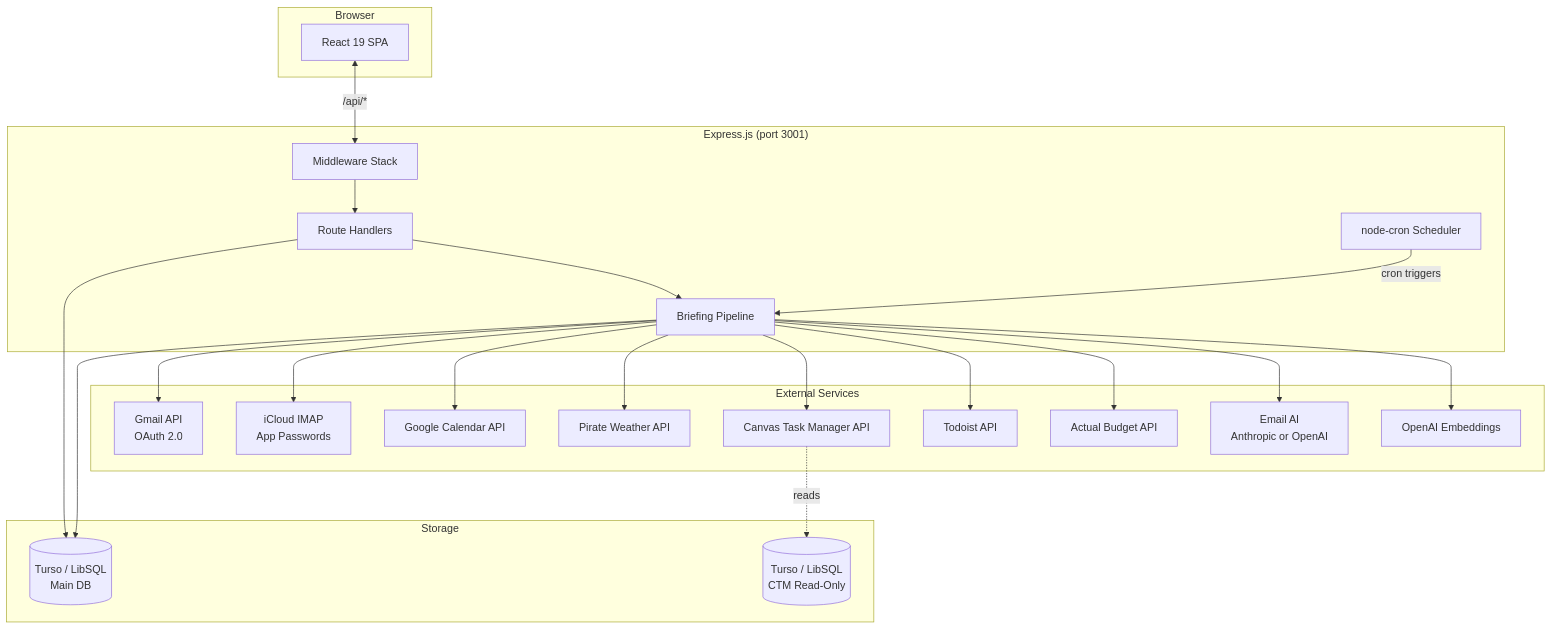
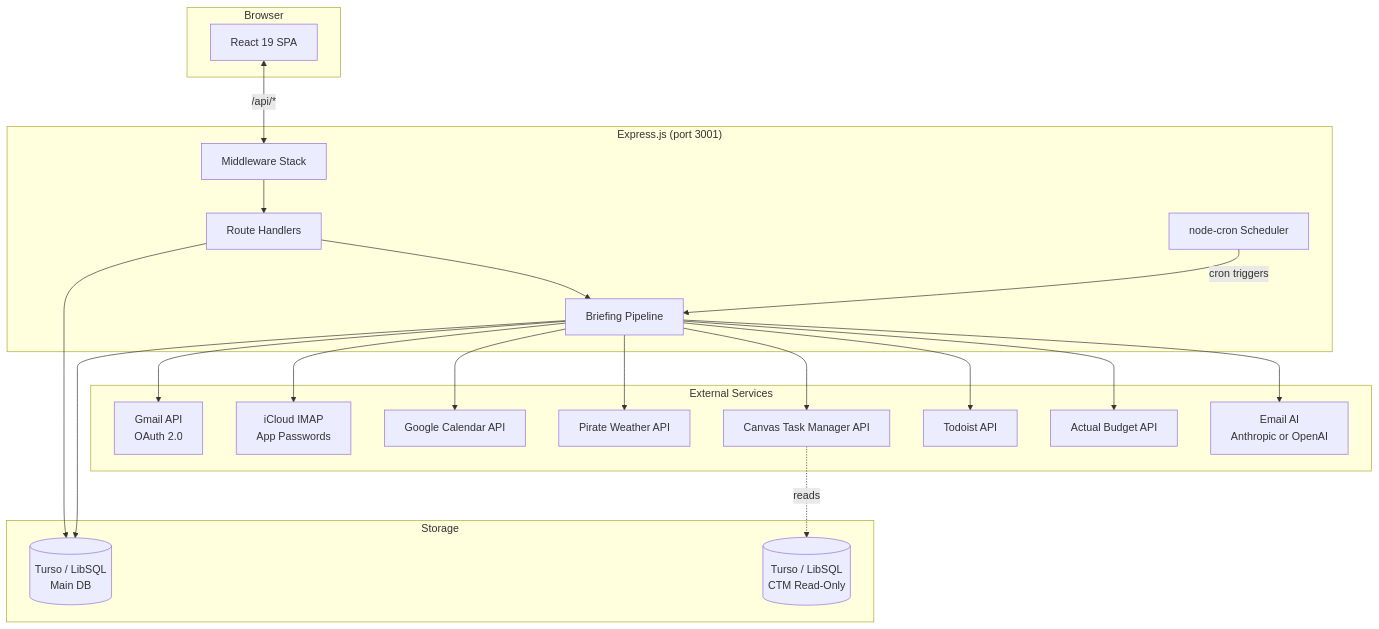
The first of 7 diagrams in ARCHITECTURE.md (ansidian/Setpoint), drawn with Mermaid before and after one commit. The commit also changed other lines of this file and 1 other file, not shown here.

````diff
--- a/ARCHITECTURE.md
+++ b/ARCHITECTURE.md
@@ -7,41 +7,39 @@
 ```mermaid
 graph TB
     subgraph Browser
         SPA[React 19 SPA]
     end
 
     subgraph Server["Express.js (port 3001)"]
         MW[Middleware Stack]
         Routes[Route Handlers]
         Pipeline[Briefing Pipeline]
         Scheduler[node-cron Scheduler]
     end
 
     subgraph External["External Services"]
         Gmail[Gmail API<br/>OAuth 2.0]
         iCloud[iCloud IMAP<br/>App Passwords]
         GCal[Google Calendar API]
         Weather[Pirate Weather API]
         CTM[Canvas Task Manager API]
         Todoist[Todoist API]
         Actual[Actual Budget API]
         EmailAI[Email AI<br/>Anthropic or OpenAI]
-        OpenAI[OpenAI Embeddings]
     end
 
     subgraph Storage
         Turso[(Turso / LibSQL<br/>Main DB)]
         TursoCTM[(Turso / LibSQL<br/>CTM Read-Only)]
     end
 
     SPA <-->|/api/*| MW
     MW --> Routes
     Routes --> Pipeline
     Scheduler -->|cron triggers| Pipeline
     Pipeline --> Gmail & iCloud & GCal & Weather & CTM & Todoist & Actual
     Pipeline --> EmailAI
-    Pipeline --> OpenAI
     Routes --> Turso
     Pipeline --> Turso
     CTM -.->|reads| TursoCTM
 ```
````
